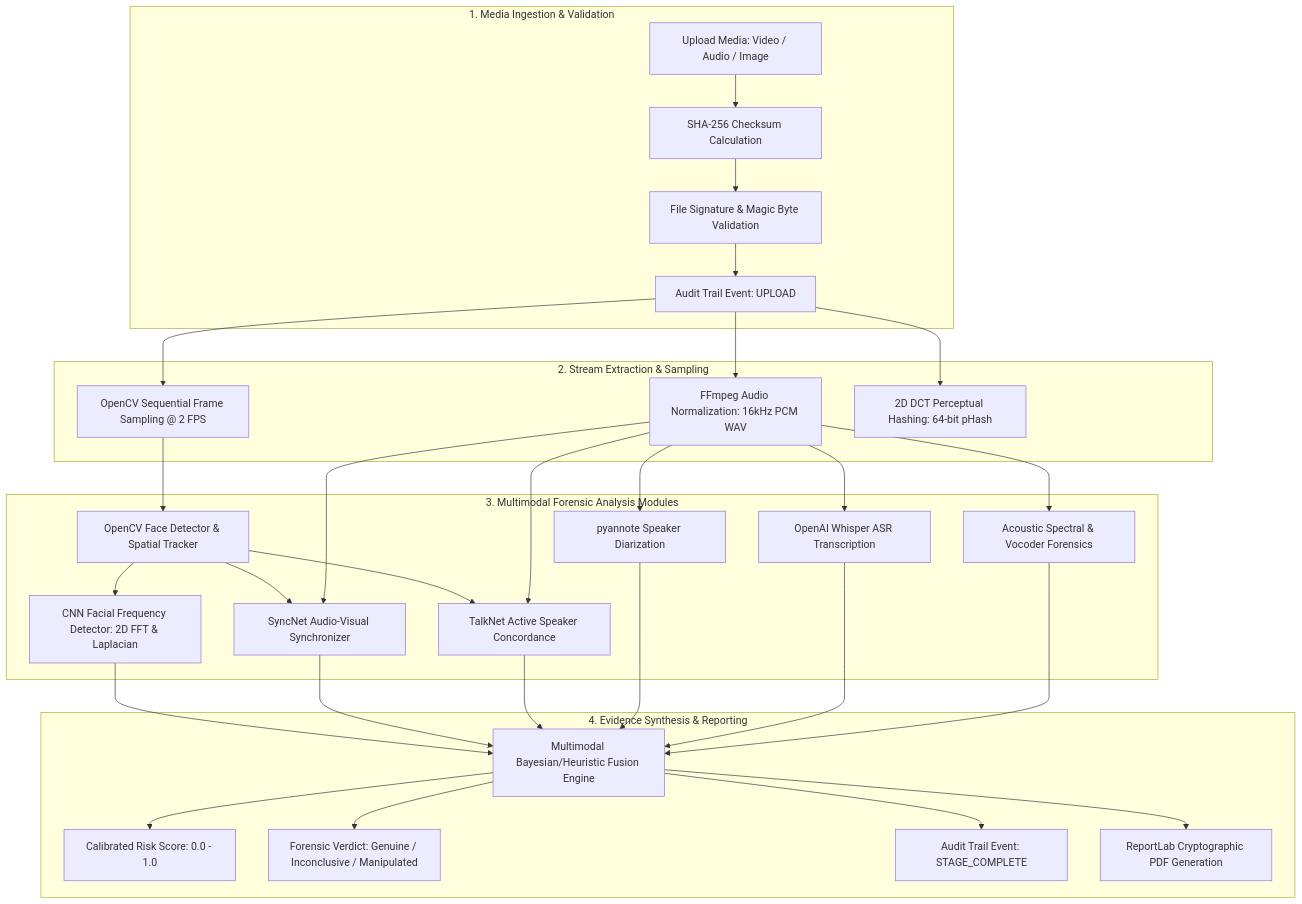
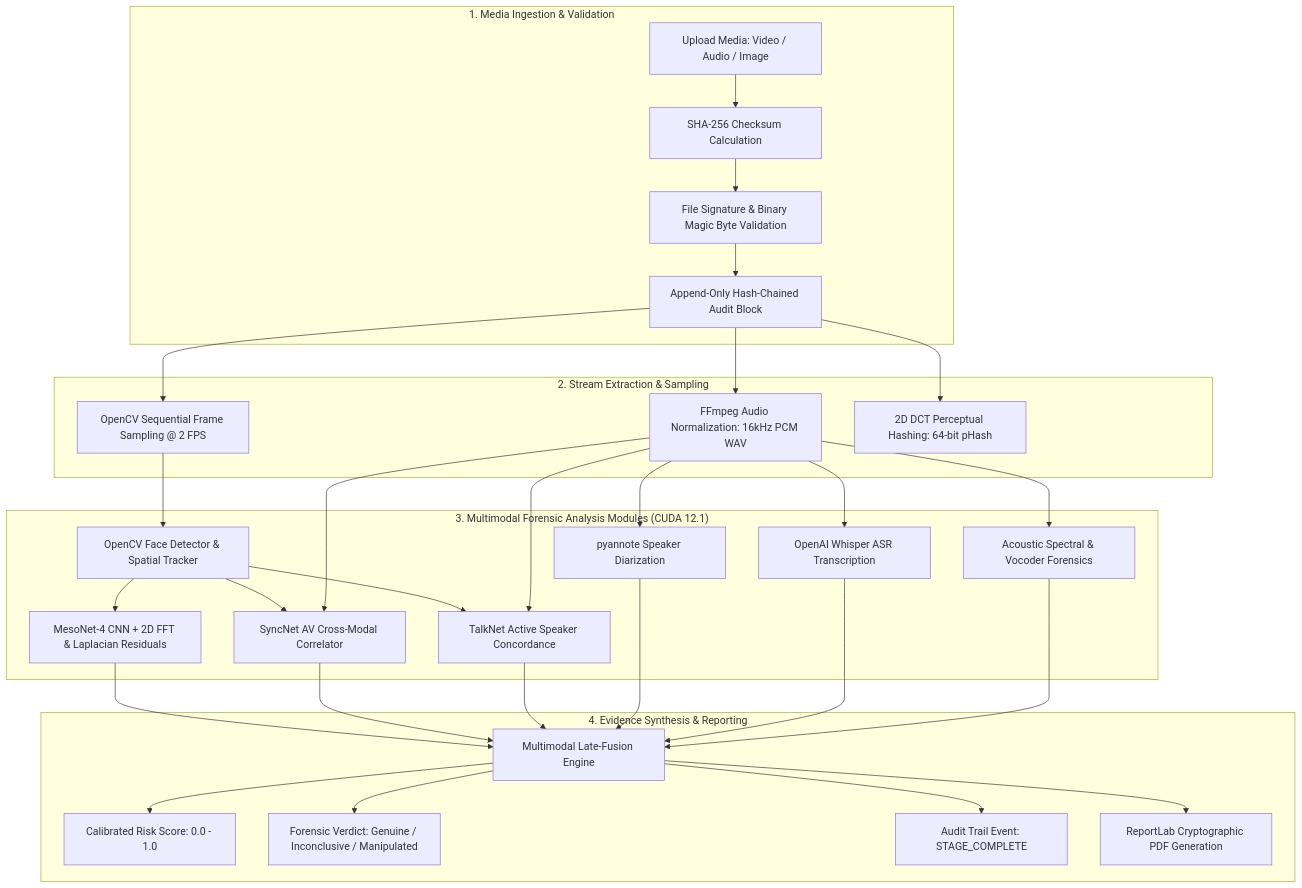
Before and after one commit to aayushcse2004/verifai-deepfake-detection: the diagram in README.md, drawn with Mermaid. The commit also changed other lines of this file and 55 other files, not shown here.

````diff
--- a/README.md
+++ b/README.md
@@ -62,32 +129,32 @@
 ```mermaid
 flowchart TD
     subgraph Ingestion ["1. Media Ingestion & Validation"]
         F1[Upload Media: Video / Audio / Image] --> F2[SHA-256 Checksum Calculation]
-        F2 --> F3[File Signature & Magic Byte Validation]
-        F3 --> F4[Audit Trail Event: UPLOAD]
+        F2 --> F3[File Signature & Binary Magic Byte Validation]
+        F3 --> F4[Append-Only Hash-Chained Audit Block]
     end
 
     subgraph Preprocessing ["2. Stream Extraction & Sampling"]
         F4 --> P1[FFmpeg Audio Normalization: 16kHz PCM WAV]
         F4 --> P2[OpenCV Sequential Frame Sampling @ 2 FPS]
         F4 --> P3[2D DCT Perceptual Hashing: 64-bit pHash]
     end
 
-    subgraph Adapters ["3. Multimodal Forensic Analysis Modules"]
+    subgraph Adapters ["3. Multimodal Forensic Analysis Modules (CUDA 12.1)"]
         P2 --> M1[OpenCV Face Detector & Spatial Tracker]
-        M1 --> M2[CNN Facial Frequency Detector: 2D FFT & Laplacian]
-        M1 & P1 --> M3[SyncNet Audio-Visual Synchronizer]
+        M1 --> M2[MesoNet-4 CNN + 2D FFT & Laplacian Residuals]
+        M1 & P1 --> M3[SyncNet AV Cross-Modal Correlator]
         M1 & P1 --> M4[TalkNet Active Speaker Concordance]
         P1 --> M5[pyannote Speaker Diarization]
         P1 --> M6[OpenAI Whisper ASR Transcription]
         P1 --> M7[Acoustic Spectral & Vocoder Forensics]
     end
 
     subgraph FusionEngine ["4. Evidence Synthesis & Reporting"]
-        M2 & M3 & M4 & M5 & M6 & M7 --> FUS[Multimodal Bayesian/Heuristic Fusion Engine]
+        M2 & M3 & M4 & M5 & M6 & M7 --> FUS[Multimodal Late-Fusion Engine]
         FUS --> OUT1[Calibrated Risk Score: 0.0 - 1.0]
         FUS --> OUT2[Forensic Verdict: Genuine / Inconclusive / Manipulated]
         FUS --> OUT3[Audit Trail Event: STAGE_COMPLETE]
         FUS --> OUT4[ReportLab Cryptographic PDF Generation]
     end
 ```
````
